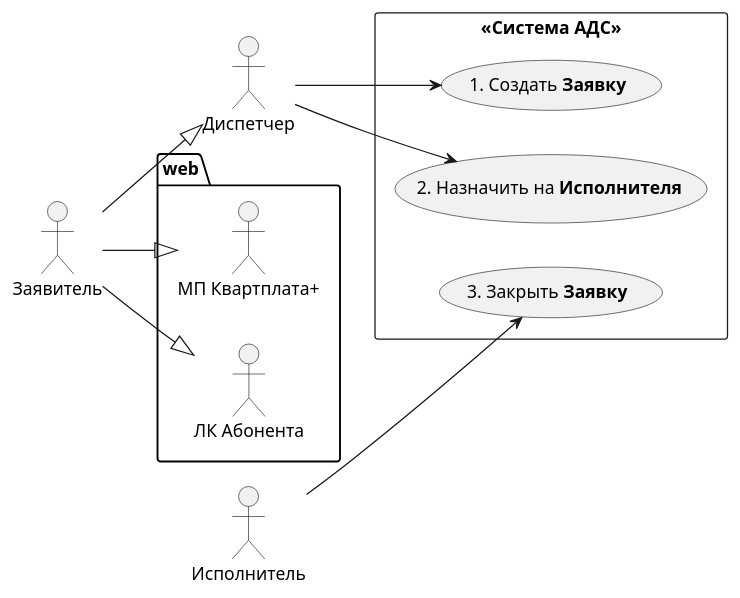
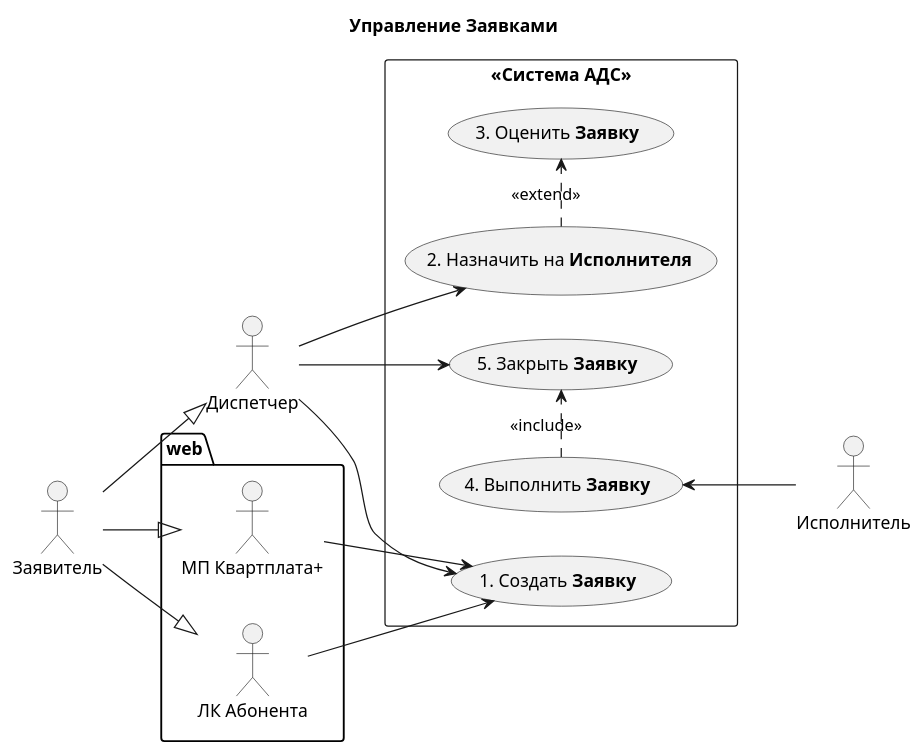
The third of 6 diagrams in EDS_Project.md (vnukov-vv/SA_SHIFT_DV), drawn with PlantUML before and after one commit. The commit also changed other lines of this file, not shown here.

Commit message:
отредактирована UseCase диаграмма обработки Заявок. Добавлены Sequence

````diff
--- a/EDS_Project.md
+++ b/EDS_Project.md
@@ -275,33 +273,47 @@
 ```plantUML
 @startuml
+
+title : "Управление Заявками"
 
 'skinparam linetype ortho
 left to right direction
 
 :Заявитель: as app
 :Диспетчер: as dsp
 :Исполнитель: as contr
 
 Package "web"{
 :МП Квартплата+: as mob
 :ЛК Абонента: as site
 }
 
 app --|> dsp 
 app --|> mob 
 app --|> site 
 
 
 Rectangle "<<Система АДС>>" {
 usecase "1. Создать **Заявку**" as UC1
 usecase "2. Назначить на **Исполнителя**" as UC2
-usecase "3. Закрыть **Заявку**" as UC3
+usecase "3. Оценить **Заявку**" as UC3
+usecase "4. Выполнить **Заявку**" as UC4
+usecase "5. Закрыть **Заявку**" as UC5
 }
 
+
+UC2 .> UC3 : <<extend>>
+UC4 .> UC5 : <<include>>
+
 dsp --> UC1
+mob --> UC1
+site --> UC1
+
 dsp --> UC2
-contr --> UC3
+dsp --> UC5
+
+contr -u-> UC4
 
 @enduml
 
+
 ```
````
